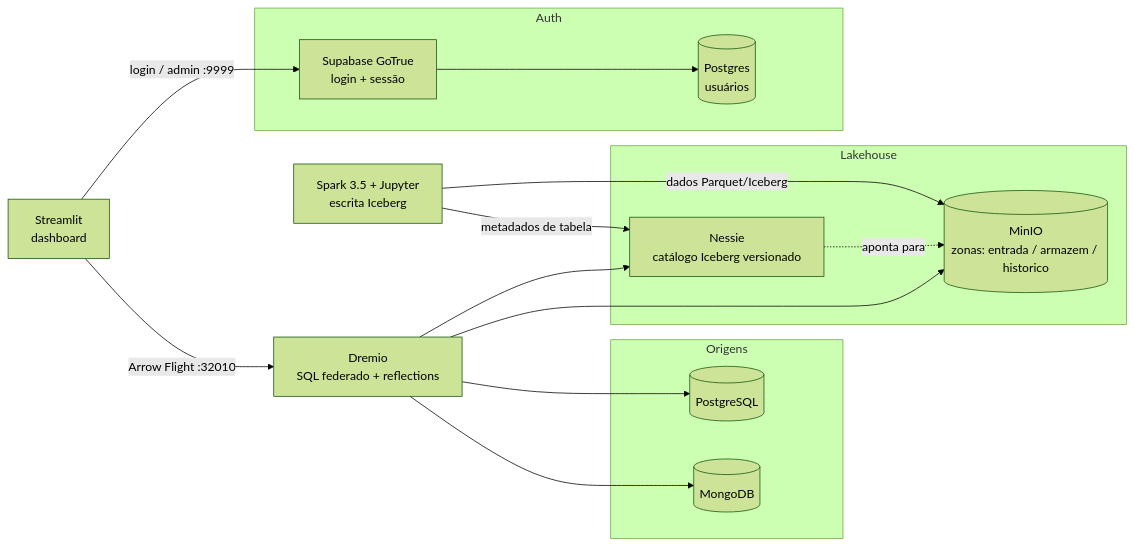
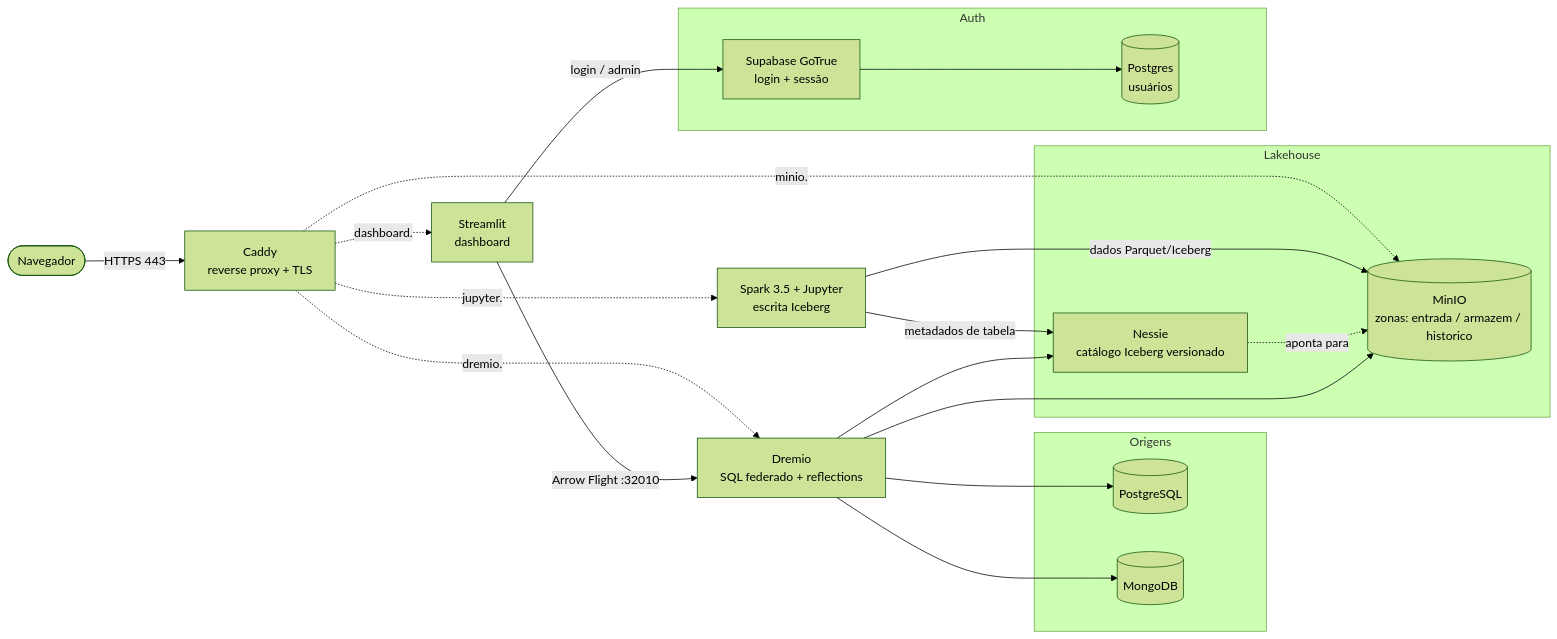
Before and after one commit to ramonabreu-data/lakehouse_v3: the diagram in readme.md, drawn with Mermaid (forest theme). The commit also changed other lines of this file and 3 other files, not shown here.

First line of the commit message:
feat: reverse proxy Caddy com TLS; so o proxy exposto na rede

````diff
--- a/readme.md
+++ b/readme.md
@@ -36,32 +36,38 @@
 ```mermaid
 flowchart LR
     subgraph Origens
         PG[(PostgreSQL)]
         MG[(MongoDB)]
     end
 
     subgraph Lakehouse
         MIO[(MinIO<br/>zonas: entrada / armazem / historico)]
         NES[Nessie<br/>catálogo Iceberg versionado]
     end
 
     SPK[Spark 3.5 + Jupyter<br/>escrita Iceberg]
     DRE[Dremio<br/>SQL federado + reflections]
     STL[Streamlit<br/>dashboard]
 
     subgraph Auth
         GT[Supabase GoTrue<br/>login + sessão]
         SDB[(Postgres<br/>usuários)]
     end
 
+    USR([Navegador]) -->|HTTPS 443| CAD[Caddy<br/>reverse proxy + TLS]
+    CAD -.->|dashboard.| STL
+    CAD -.->|dremio.| DRE
+    CAD -.->|minio.| MIO
+    CAD -.->|jupyter.| SPK
+
     SPK -->|dados Parquet/Iceberg| MIO
     SPK -->|metadados de tabela| NES
     NES -.->|aponta para| MIO
     DRE --> NES
     DRE --> MIO
     DRE --> PG
     DRE --> MG
     STL -->|Arrow Flight :32010| DRE
-    STL -->|login / admin :9999| GT
+    STL -->|login / admin| GT
     GT --> SDB
 ```
````
